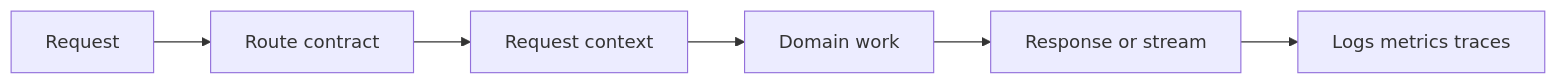
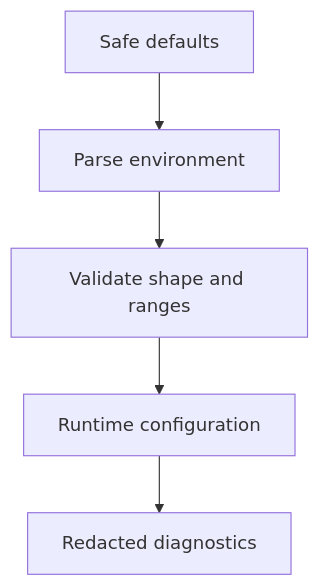
One commit to jeffersoncampos12p-dev/jeston changed the diagram in path/to/docs/core/configuration.mdx. Above: the diagram before and after it, drawn with Mermaid. The commit also changed other lines of this file and 31 other files, not shown here.

````diff
--- a/path/to/docs/core/configuration.mdx
+++ b/path/to/docs/core/configuration.mdx
@@ -95,8 +51,7 @@
 ```mermaid placement="top-right"
-flowchart LR
-    request[Request] --> route[Route contract]
-    route --> context[Request context]
-    context --> work[Domain work]
-    work --> response[Response or stream]
-    response --> signal[Logs metrics traces]
+flowchart TB
+    defaults[Safe defaults] --> parse[Parse environment]
+    parse --> validate[Validate shape and ranges]
+    validate --> runtime[Runtime configuration]
+    runtime --> logs[Redacted diagnostics]
 ```
````
